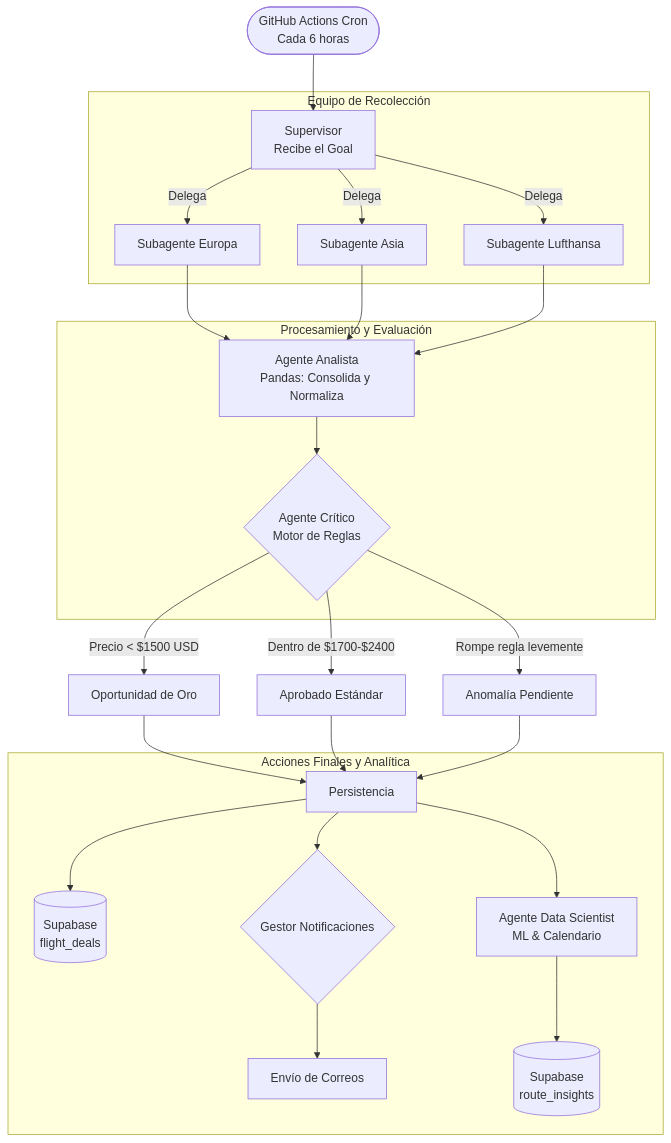
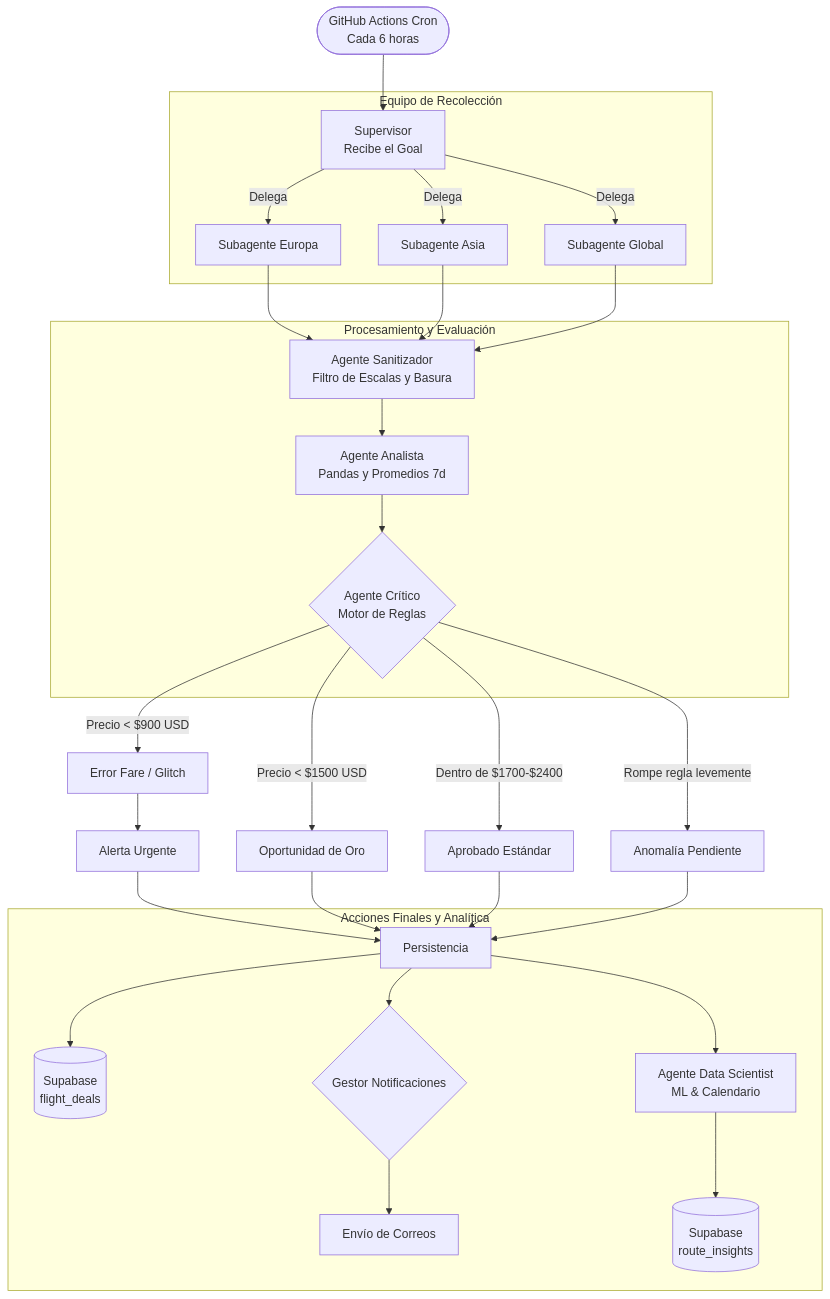
Before and after one commit to Bomastulacio/FLY-HUNTER: the diagram in README.md, drawn with Mermaid. The commit also changed other lines of this file and 840 other files, not shown here.

````diff
--- a/README.md
+++ b/README.md
@@ -19,36 +19,40 @@
 ```mermaid
 graph TD
     Trigger([GitHub Actions Cron<br>Cada 6 horas]) --> Sup
     
     subgraph Equipo de Recolección
         Sup[Supervisor<br>Recibe el Goal] -->|Delega| AE[Subagente Europa]
         Sup -->|Delega| AA[Subagente Asia]
-        Sup -->|Delega| AC[Subagente Lufthansa]
+        Sup -->|Delega| AC[Subagente Global]
     end
 
-    AE --> Analista
-    AA --> Analista
-    AC --> Analista
+    AE --> Sanitizador
+    AA --> Sanitizador
+    AC --> Sanitizador
 
     subgraph Procesamiento y Evaluación
-        Analista[Agente Analista<br>Pandas: Consolida y Normaliza] --> Critico
+        Sanitizador[Agente Sanitizador<br>Filtro de Escalas y Basura] --> Analista
+        Analista[Agente Analista<br>Pandas y Promedios 7d] --> Critico
         Critico{Agente Crítico<br>Motor de Reglas}
     end
 
+    Critico -->|Precio < $900 USD| Glitch[Error Fare / Glitch]
     Critico -->|Precio < $1500 USD| Oro[Oportunidad de Oro]
     Critico -->|Dentro de $1700-$2400| OK[Aprobado Estándar]
     Critico -->|Rompe regla levemente| Anomalia[Anomalía Pendiente]
 
+    Glitch --> NotifUrgente[Alerta Urgente]
+    NotifUrgente --> Persist
     Oro --> Persist[Persistencia]
     OK --> Persist
     Anomalia --> Persist
 
     subgraph Acciones Finales y Analítica
         Persist --> DB[(Supabase<br>flight_deals)]
         Persist --> Notif{Gestor Notificaciones}
         Notif --> Email[Envío de Correos]
         
         Persist --> DS[Agente Data Scientist<br>ML & Calendario]
         DS --> DB2[(Supabase<br>route_insights)]
     end
 ```
````
